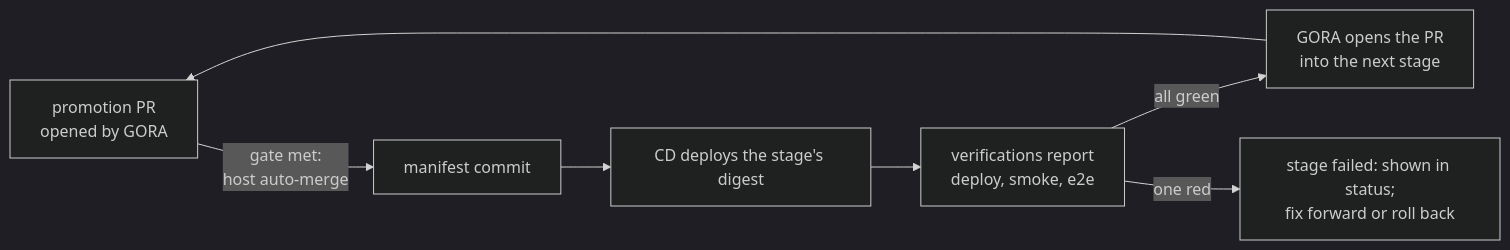
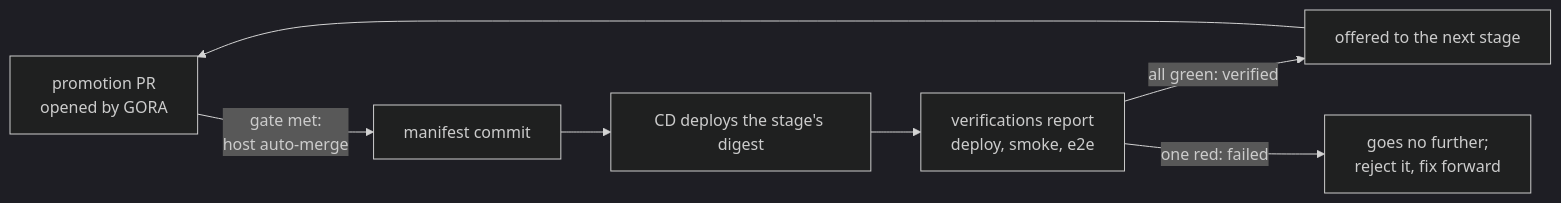
The third of 6 diagrams in docs/architecture/release-model.md (gora-tools/gora), drawn with Mermaid (dark theme) before and after one commit. The commit also changed other lines of this file and 37 other files, not shown here.

````diff
--- a/docs/architecture/release-model.md
+++ b/docs/architecture/release-model.md
@@ -146,9 +131,9 @@
 ```mermaid
 flowchart LR
   P["promotion PR<br/>opened by GORA"] -->|"gate met:<br/>host auto-merge"| M["manifest commit"]
   M --> D["CD deploys the stage's digest"]
   D --> V["verifications report<br/>deploy, smoke, e2e"]
-  V -->|"all green"| N["GORA opens the PR<br/>into the next stage"]
-  V -->|"one red"| F["stage failed: shown in status;<br/>fix forward or roll back"]
+  V -->|"all green: verified"| N["offered to the next stage"]
+  V -->|"one red: failed"| F["goes no further;<br/>reject it, fix forward"]
   N --> P
 ```
````
